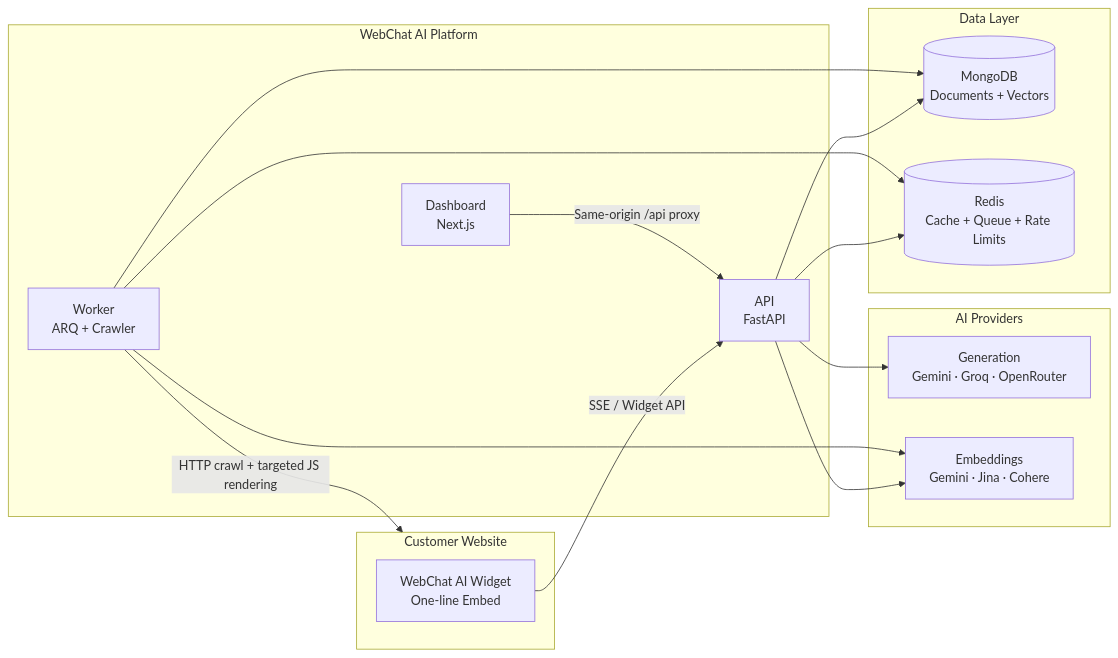
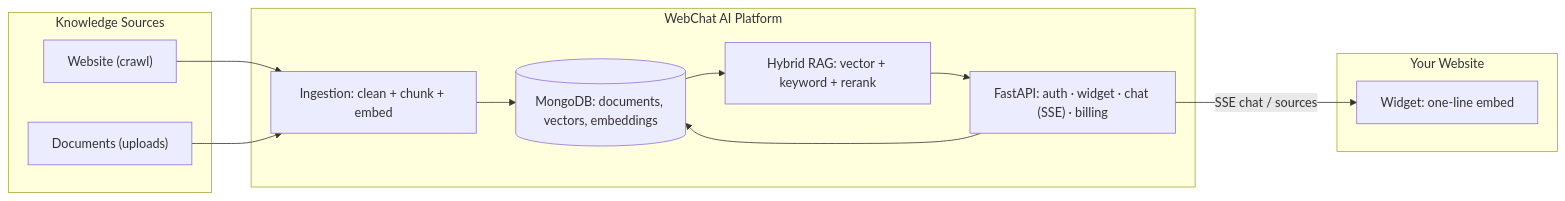
Before and after one commit to riturajlabs/webchat-AI: the diagram in README.md, drawn with Mermaid. The commit also changed other lines of this file and 6 other files, not shown here.

````diff
--- a/README.md
+++ b/README.md
@@ -511,38 +153,24 @@
 ```mermaid
 flowchart LR
-
-    subgraph Customer["Customer Website"]
-        WIDGET["WebChat AI Widget<br/>One-line Embed"]
+    subgraph Sources["Knowledge Sources"]
+        WEB["Website (crawl)"]
+        DOCS["Documents (uploads)"]
+    end
+    subgraph Platform["WebChat AI Platform"]
+        ING["Ingestion: clean + chunk + embed"]
+        KB[("MongoDB: documents, vectors, embeddings")]
+        RAG["Hybrid RAG: vector + keyword + rerank"]
+        API["FastAPI: auth · widget · chat (SSE) · billing"]
+    end
+    subgraph Customer["Your Website"]
+        WIDGET["Widget: one-line embed"]
     end
 
-    subgraph Platform["WebChat AI Platform"]
-        DASH["Dashboard<br/>Next.js"]
-        API["API<br/>FastAPI"]
-        WORKER["Worker<br/>ARQ + Crawler"]
-    end
-
-    subgraph Data["Data Layer"]
-        MONGO[("MongoDB<br/>Documents + Vectors")]
-        REDIS[("Redis<br/>Cache + Queue + Rate Limits")]
-    end
-
-    subgraph AI["AI Providers"]
-        GEN["Generation<br/>Gemini · Groq · OpenRouter"]
-        EMB["Embeddings<br/>Gemini · Jina · Cohere"]
-    end
-
-    WIDGET -->|"SSE / Widget API"| API
-    DASH -->|"Same-origin /api proxy"| API
-
-    API --> MONGO
-    API --> REDIS
-
-    WORKER --> MONGO
-    WORKER --> REDIS
-
-    API --> GEN
-    API --> EMB
-    WORKER --> EMB
-
-    WORKER -->|"HTTP crawl + targeted JS rendering"| Customer
+    WEB --> ING
+    DOCS --> ING
+    ING --> KB
+    KB --> RAG
+    RAG --> API
+    API -->|SSE chat / sources| WIDGET
+    API --> KB
 ```
````
